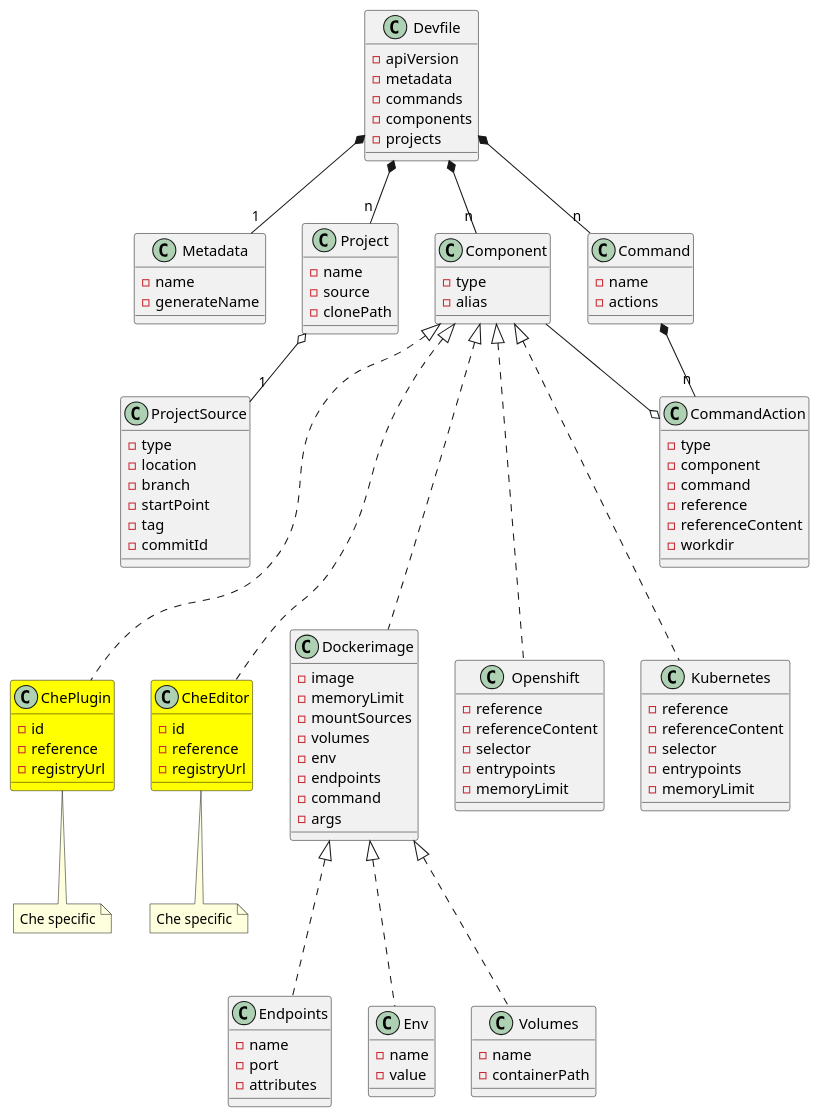
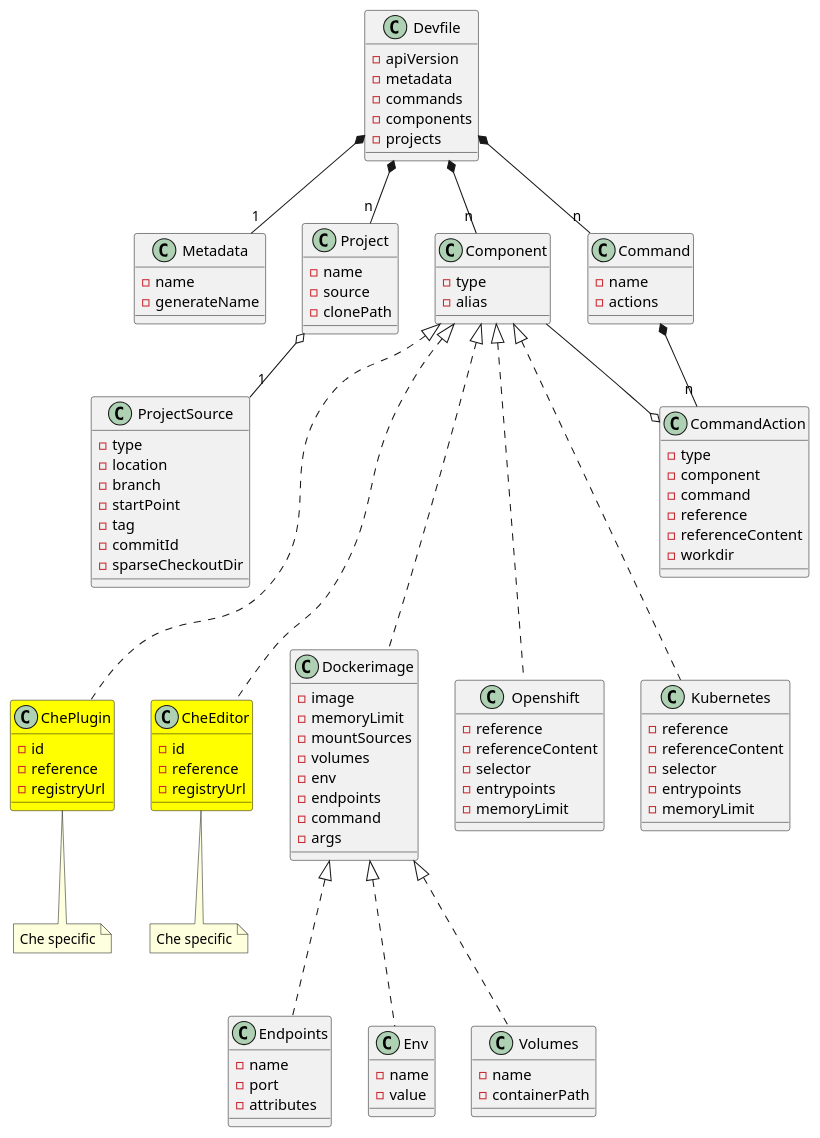
Before and after one commit to redhat-developer/devfile: the diagram in devfile_next.plantuml, drawn with PlantUML. The commit also changed 3 other files, not shown here.

Commit message:
update schema with latest master (#54)

```diff
--- a/devfile_next.plantuml
+++ b/devfile_next.plantuml
@@ -1,142 +1,143 @@
 @startuml devfile_next
 
 class Devfile {
   - apiVersion
   - metadata
   - commands
   - components
   - projects
 }
 
 together {
   class Metadata
   class Component
   class Command
   class Project
 }
 
 Devfile *-- "1" Metadata
 Devfile *-- "n" Component
 Devfile *-- "n" Command
 Devfile *-- "n" Project
 
 class Metadata {
   - name
   - generateName
 }
 
 class Component {
     - type
     - alias
 }
 
 
 Component <|-.. Dockerimage
 Component <|-.. Openshift
 Component <|-.. Kubernetes
 Component <|-.. ChePlugin
 Component <|-.. CheEditor
 
 class Command {
   - name
   - actions
 }
 
 Command *-- "n" CommandAction
 CommandAction o-- Component
 
 class CommandAction {
   - type
   - component
   - command
   - reference
   - referenceContent
   - workdir
 }
 
 class Project {
   - name
   - source
   - clonePath
 }
 
 Project o-- "1" ProjectSource
 
 class ProjectSource {
   - type
   - location
   - branch
   - startPoint
   - tag
   - commitId
+  - sparseCheckoutDir
 }
 
 Project -[hidden]> Component
 Component -[hidden]> Command
 ProjectSource -[hidden]> CommandAction
 
 class Dockerimage {
    - image
    - memoryLimit
    - mountSources
    - volumes
    - env
    - endpoints
    - command
    - args
 }
 
 Dockerimage <|-.. Env
 Dockerimage <|-.. Volumes
 Dockerimage <|-.. Endpoints
 
 class Env {
    - name
    - value
 }
 
 class Volumes {
    - name
    - containerPath
 }
 
 class Endpoints {
    - name
    - port
    - attributes
 }
 
 class Openshift {
   - reference
   - referenceContent
   - selector
   - entrypoints
   - memoryLimit
 }
 
 class Kubernetes {
   - reference
   - referenceContent
   - selector
   - entrypoints
   - memoryLimit
 }
 
 class ChePlugin #yellow {
   - id
   - reference
   - registryUrl
 }
 note bottom of ChePlugin: Che specific
 
 class CheEditor #yellow {
   - id
   - reference
   - registryUrl
 }
 note bottom of CheEditor: Che specific
 
 ChePlugin -[hidden]> CheEditor
 CheEditor -[hidden]> Dockerimage
 
 @enduml
```
